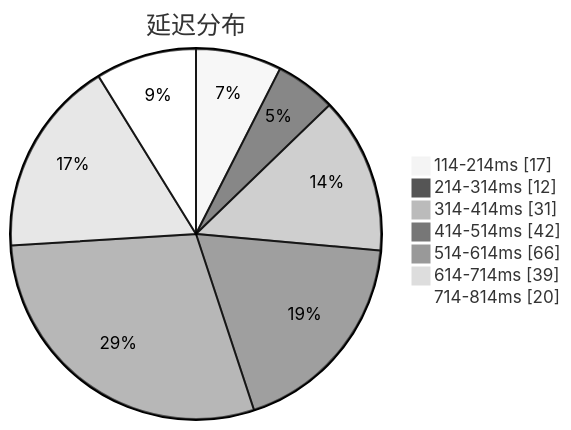
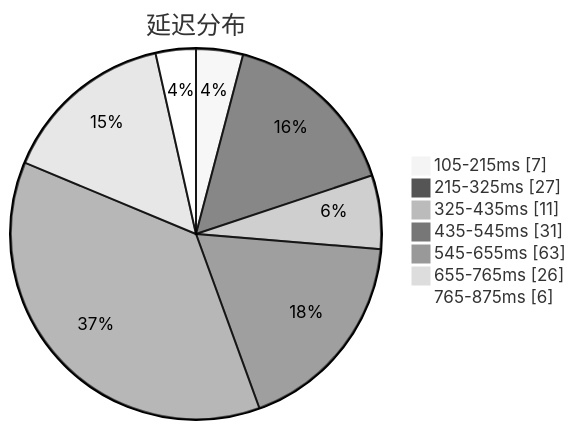
One commit to sinspired/airport changed the first of 3 diagrams in subs/statistics/tested_within.md. Above: the diagram before and after it, drawn with Mermaid (neutral theme). The commit also changed other lines of this file and 2 other files, not shown here.

````diff
--- a/subs/statistics/tested_within.md
+++ b/subs/statistics/tested_within.md
@@ -2,11 +2,11 @@
 ```mermaid
 pie showData
 title 延迟分布
-"114-214ms" : 17
-"214-314ms" : 12
-"314-414ms" : 31
-"414-514ms" : 42
-"514-614ms" : 66
-"614-714ms" : 39
-"714-814ms" : 20
+"105-215ms" : 7
+"215-325ms" : 27
+"325-435ms" : 11
+"435-545ms" : 31
+"545-655ms" : 63
+"655-765ms" : 26
+"765-875ms" : 6
 ```
````
